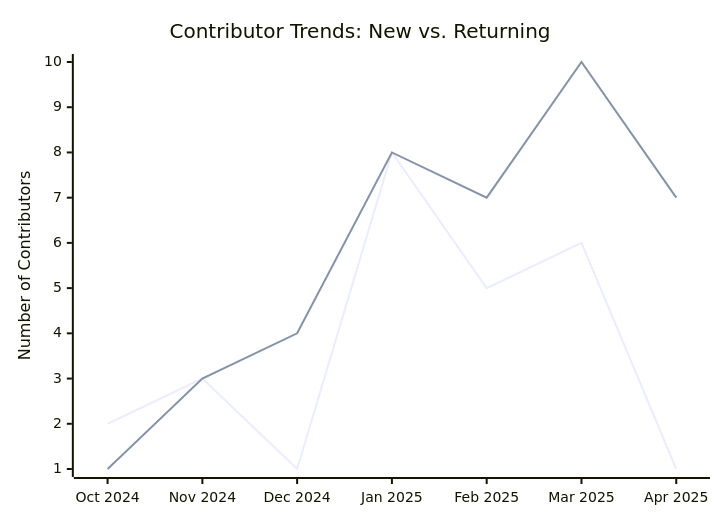
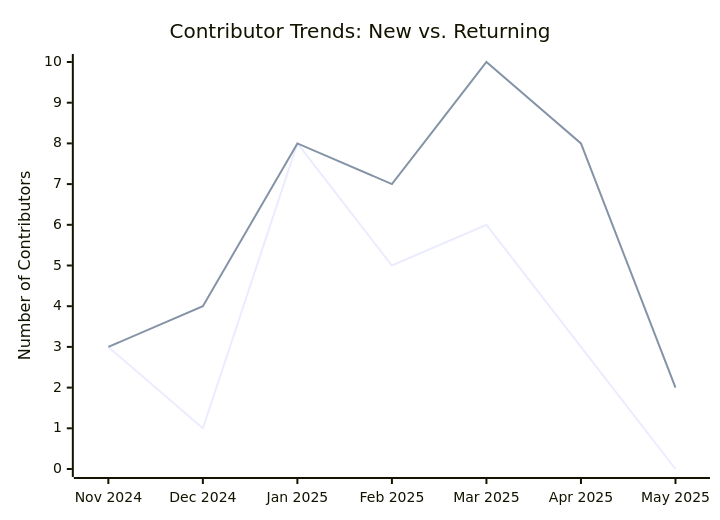
One commit to microsoft/edge-ai changed the seventh of 9 diagrams in docs/contributions.md. Above: the diagram before and after it, drawn with Mermaid. The commit also changed other lines of this file and 9 other files, not shown here.

First line of the commit message:
feat(reporting): add scenario to capability to feature mapping graphic - Merged PR 292

````diff
--- a/docs/contributions.md
+++ b/docs/contributions.md
@@ -212,9 +214,9 @@
 ``` mermaid
 
 xychart-beta
     title "Contributor Trends: New vs. Returning"
-    x-axis ["Oct 2024", "Nov 2024", "Dec 2024", "Jan 2025", "Feb 2025", "Mar 2025", "Apr 2025"]
+    x-axis ["Nov 2024", "Dec 2024", "Jan 2025", "Feb 2025", "Mar 2025", "Apr 2025", "May 2025"]
     y-axis "Number of Contributors"
-    line [2, 3, 1, 8, 5, 6, 1]
-    line [1, 3, 4, 8, 7, 10, 7]
+    line [3, 1, 8, 5, 6, 3, 0]
+    line [3, 4, 8, 7, 10, 8, 2]
 ```
````
